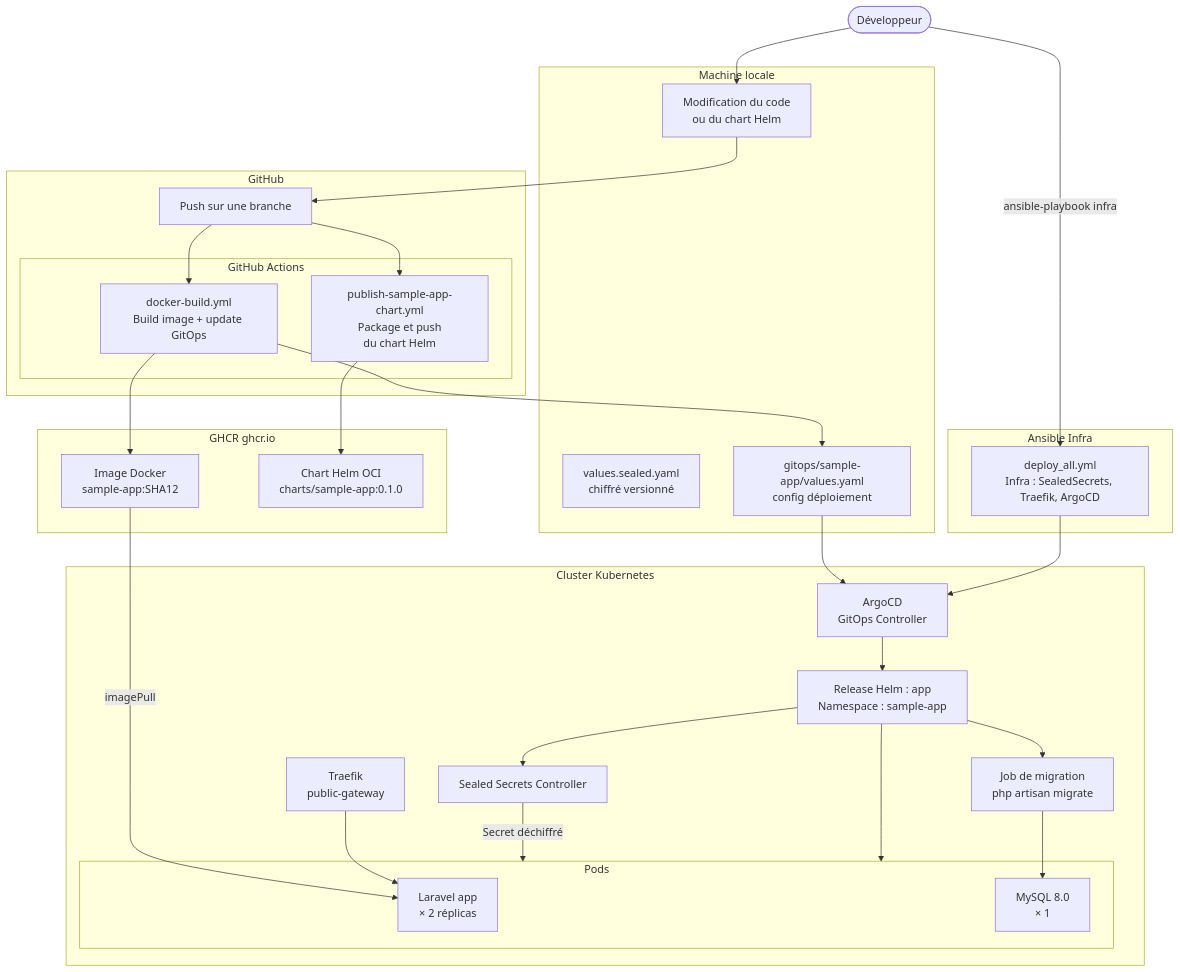
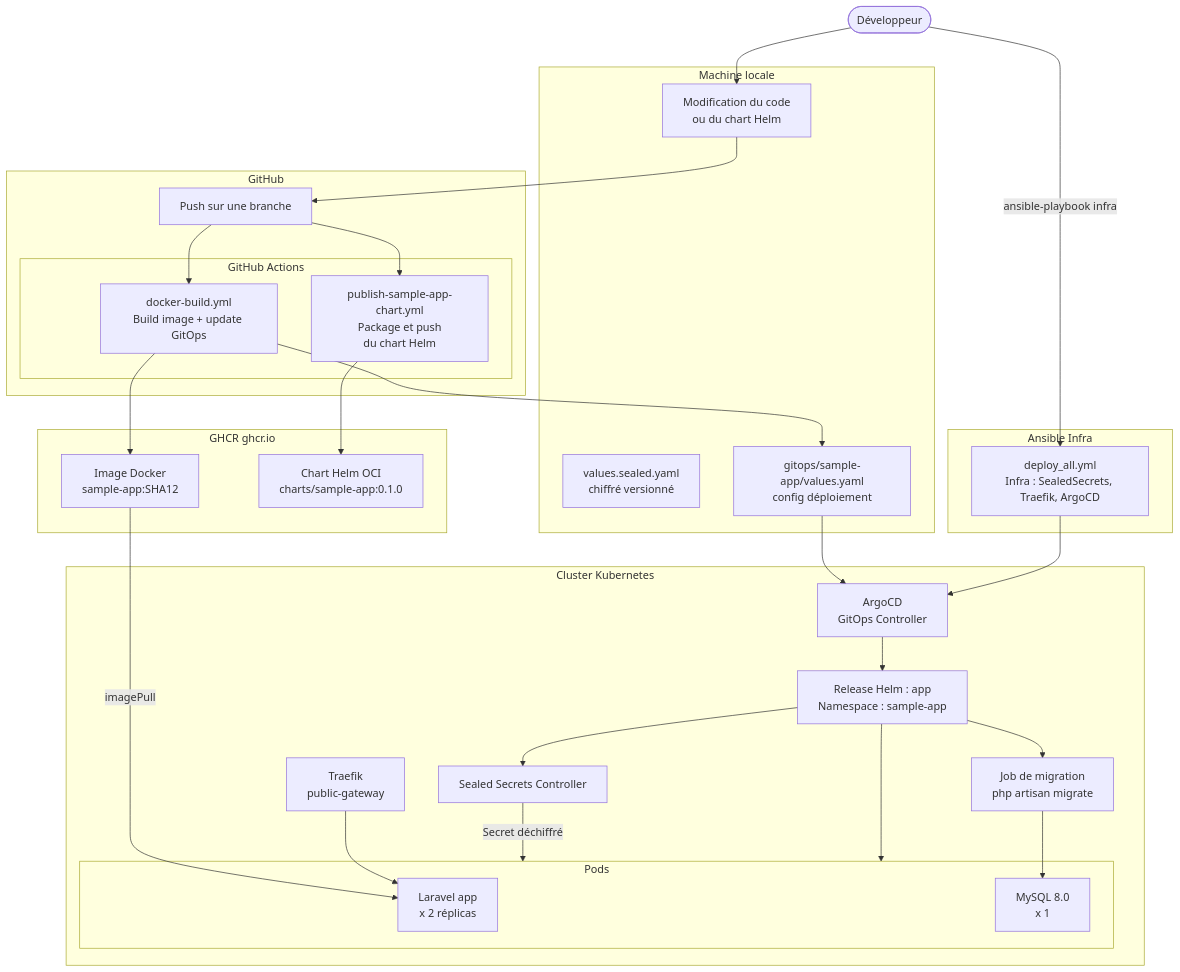
One commit to PikPakPik/T-CLO-902-NAN_1 changed the first of 2 diagrams in docs/deployment-flow.md. Above: the diagram before and after it, drawn with Mermaid. The commit also changed other lines of this file and 16 other files, not shown here.

````diff
--- a/docs/deployment-flow.md
+++ b/docs/deployment-flow.md
@@ -5,56 +5,56 @@
 ```mermaid
 flowchart TD
     dev([Développeur])
 
     subgraph local[Machine locale]
         code[Modification du code\nou du chart Helm]
         sealed[values.sealed.yaml\nchiffré versionné]
         gitops[gitops/sample-app/values.yaml\nconfig déploiement]
     end
 
     subgraph github[GitHub]
         push[Push sur une branche]
         subgraph ci[GitHub Actions]
             ci_docker[docker-build.yml\nBuild image + update GitOps]
             ci_helm[publish-sample-app-chart.yml\nPackage et push\ndu chart Helm]
         end
     end
 
     subgraph ghcr[GHCR ghcr.io]
         img[Image Docker\nsample-app:SHA12]
         chart[Chart Helm OCI\ncharts/sample-app:0.1.0]
     end
 
     subgraph ansible[Ansible Infra]
         infra[deploy_all.yml\nInfra : SealedSecrets, Traefik, ArgoCD]
     end
 
     subgraph cluster[Cluster Kubernetes]
         argocd[ArgoCD\nGitOps Controller]
         helm_release[Release Helm : app\nNamespace : sample-app]
         sealed_ctrl[Sealed Secrets Controller]
         subgraph pods[Pods]
-            app_pod[Laravel app\n× 2 réplicas]
-            mysql_pod[MySQL 8.0\n× 1]
+            app_pod[Laravel app\nx 2 réplicas]
+            mysql_pod[MySQL 8.0\nx 1]
         end
         migration[Job de migration\nphp artisan migrate]
         gateway[Traefik\npublic-gateway]
     end
 
     dev --> code
     code --> push
     push --> ci_docker --> img
     push --> ci_helm --> chart
     ci_docker --> gitops
     gitops --> argocd
     argocd --> helm_release
     helm_release --> sealed_ctrl
     sealed_ctrl --> |Secret déchiffré| pods
     img --> |imagePull| app_pod
     helm_release --> pods
     helm_release --> migration
     migration --> mysql_pod
     gateway --> app_pod
     dev --> |ansible-playbook infra| infra
     infra --> argocd
 ```
````
